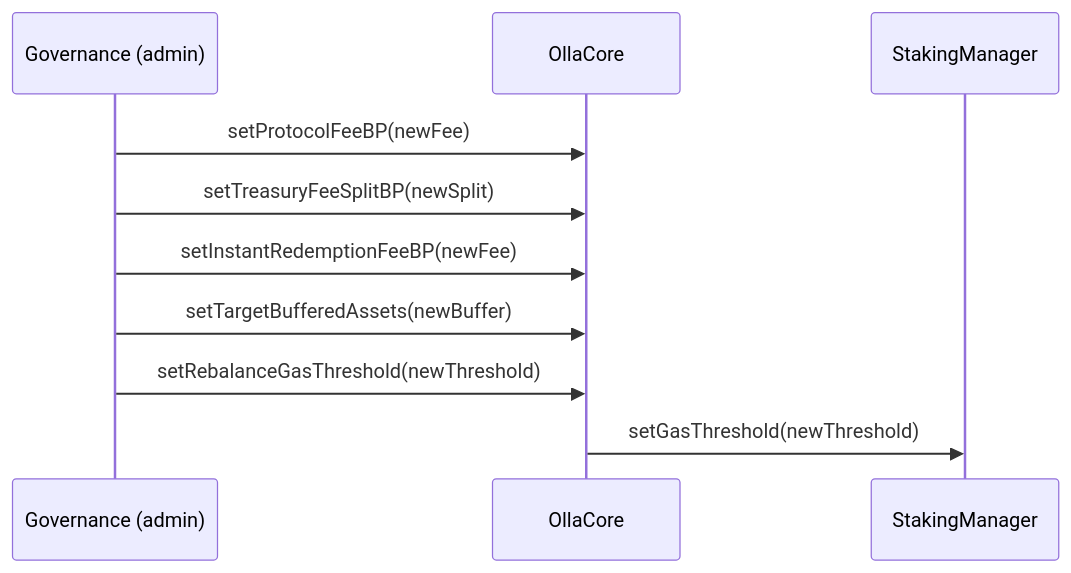
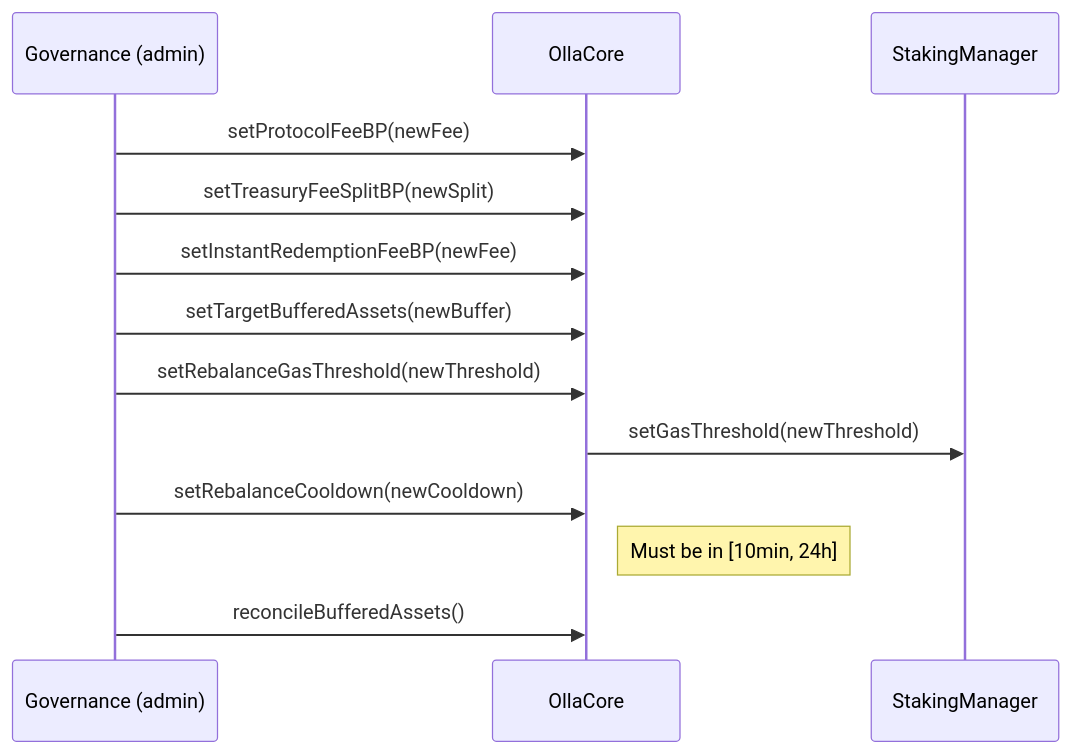
One commit to ollafinance/core changed the first of 4 diagrams in docs/governance-actions.md. Above: the diagram before and after it, drawn with Mermaid. The commit also changed 54 other files, not shown here.

````diff
--- a/docs/governance-actions.md
+++ b/docs/governance-actions.md
@@ -7,13 +7,16 @@
 ```mermaid
 sequenceDiagram
     participant GOV as Governance (admin)
     participant C as OllaCore
     participant SM as StakingManager
 
     GOV->>C: setProtocolFeeBP(newFee)
     GOV->>C: setTreasuryFeeSplitBP(newSplit)
     GOV->>C: setInstantRedemptionFeeBP(newFee)
     GOV->>C: setTargetBufferedAssets(newBuffer)
     GOV->>C: setRebalanceGasThreshold(newThreshold)
     C->>SM: setGasThreshold(newThreshold)
+    GOV->>C: setRebalanceCooldown(newCooldown)
+    Note right of C: Must be in [10min, 24h]
+    GOV->>C: reconcileBufferedAssets()
 ```
````
